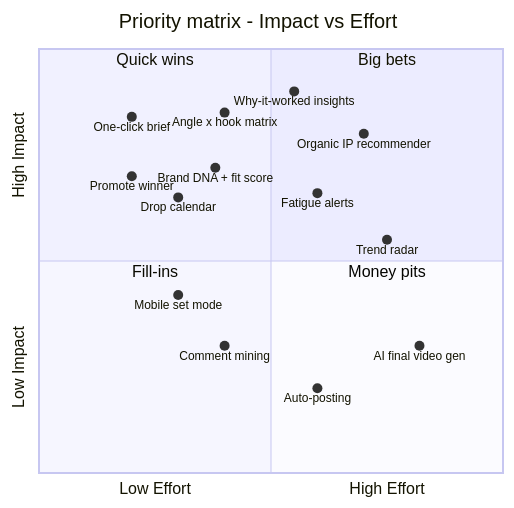
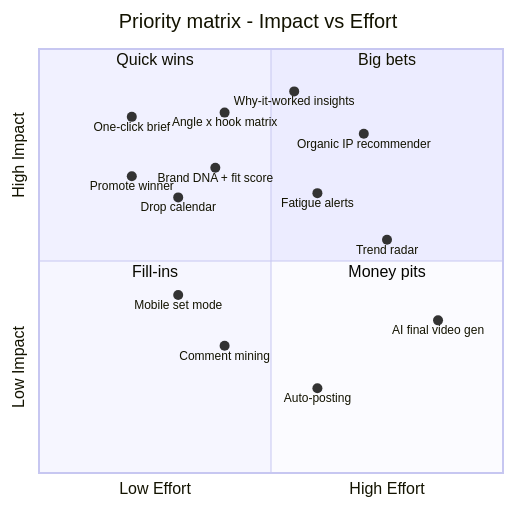
The diagram in docs/06-ideation-and-concepts.md (nickzverse-lang/aiexperiment), drawn with Mermaid before and after one commit. The commit also changed 6 other files, not shown here.

````diff
--- a/docs/06-ideation-and-concepts.md
+++ b/docs/06-ideation-and-concepts.md
@@ -66,23 +66,23 @@
 ```mermaid
 quadrantChart
     title Priority matrix - Impact vs Effort
     x-axis Low Effort --> High Effort
     y-axis Low Impact --> High Impact
     quadrant-1 Big bets
     quadrant-2 Quick wins
     quadrant-3 Fill-ins
     quadrant-4 Money pits
     One-click brief: [0.20, 0.84]
     Brand DNA + fit score: [0.38, 0.72]
     Why-it-worked insights: [0.55, 0.90]
     Organic IP recommender: [0.70, 0.80]
     Angle x hook matrix: [0.40, 0.85]
     Promote winner: [0.20, 0.70]
     Drop calendar: [0.30, 0.65]
     Fatigue alerts: [0.60, 0.66]
     Mobile set mode: [0.30, 0.42]
     Trend radar: [0.75, 0.55]
     Comment mining: [0.40, 0.30]
     Auto-posting: [0.60, 0.20]
-    AI final video gen: [0.82, 0.30]
+    AI final video gen: [0.86, 0.36]
 ```
````
